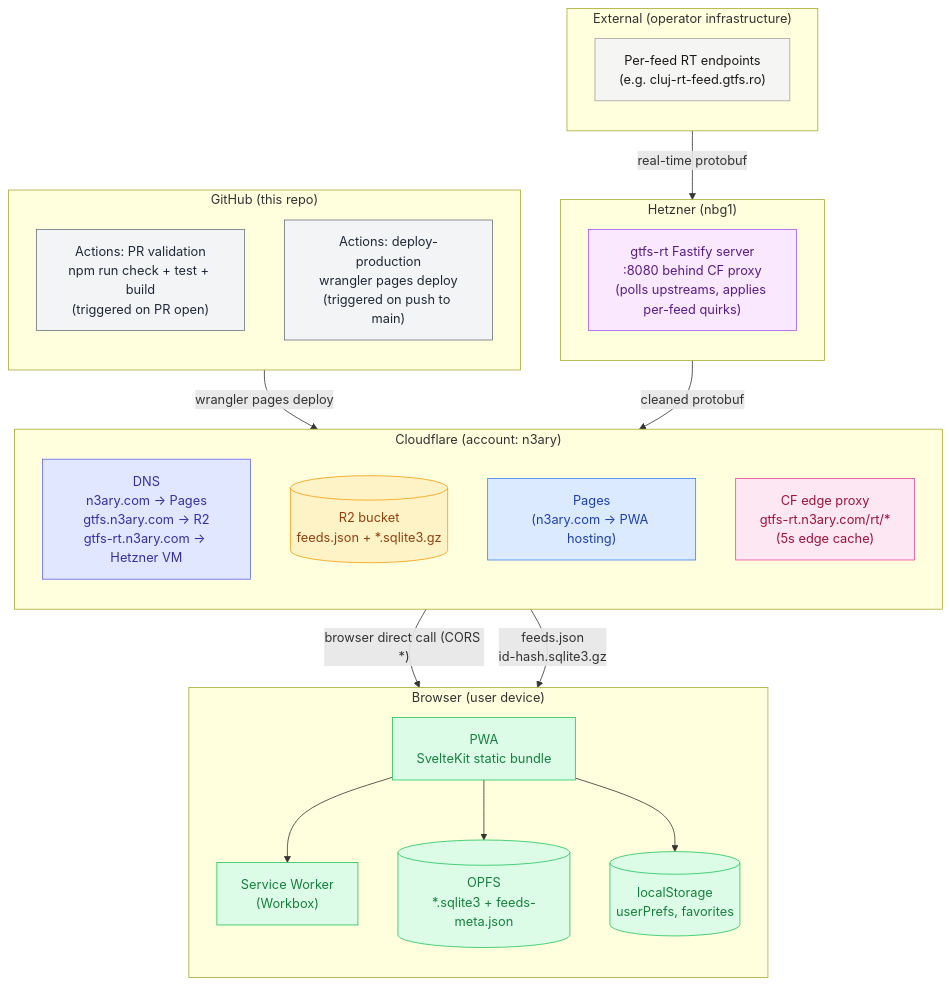
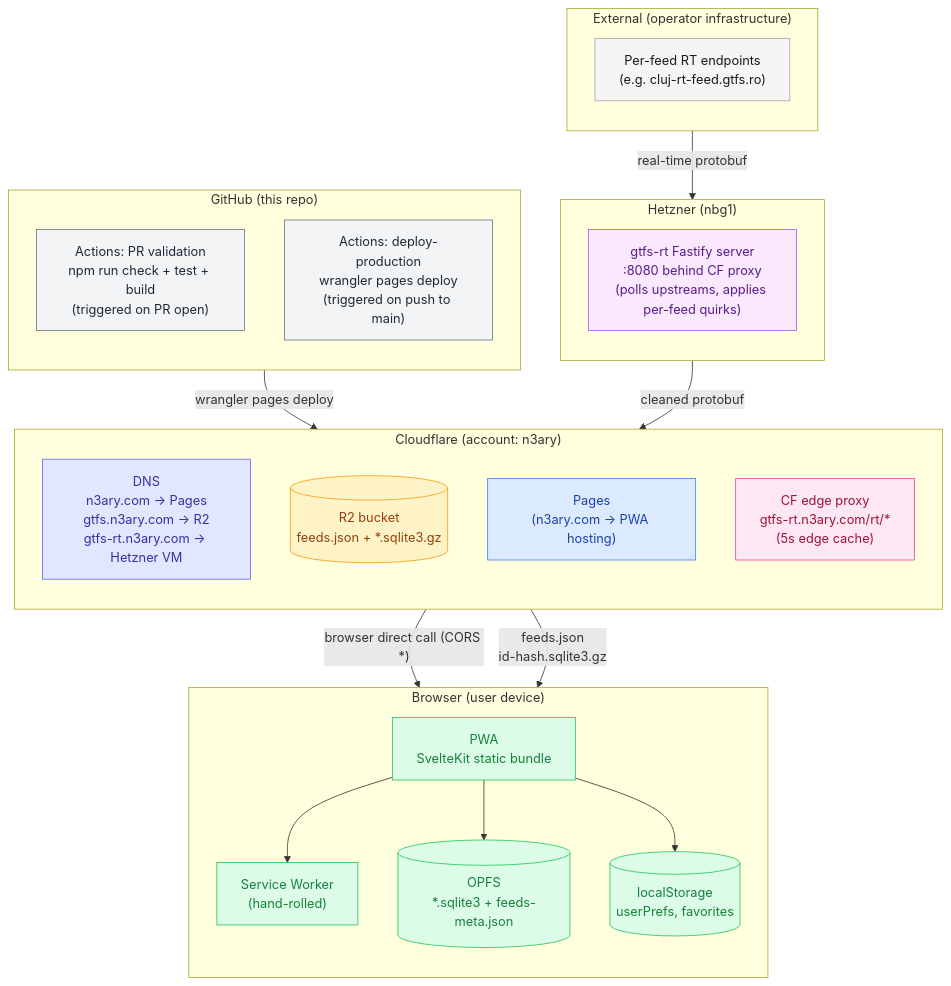
One commit to n3ary/app changed the diagram in docs/architecture/infrastructure.md. Above: the diagram before and after it, drawn with Mermaid. The commit also changed other lines of this file and 3 other files, not shown here.

First line of the commit message:
docs(app): align the PWA spec with the shipped service worker (#536)

````diff
--- a/docs/architecture/infrastructure.md
+++ b/docs/architecture/infrastructure.md
@@ -14,55 +14,55 @@
 ```mermaid
 flowchart TB
   subgraph External["External (operator infrastructure)"]
     direction TB
     rt["Per-feed RT endpoints<br/>(e.g. cluj-rt-feed.gtfs.ro)"]:::external
   end
 
   subgraph Hetzner["Hetzner (nbg1)"]
     direction TB
     rtvm["gtfs-rt Fastify server<br/>:8080 behind CF proxy<br/>(polls upstreams, applies per-feed quirks)"]:::hetzner
   end
 
   subgraph Cloudflare["Cloudflare (account: n3ary)"]
     direction TB
     dns["DNS<br/>n3ary.com → Pages<br/>gtfs.n3ary.com → R2<br/>gtfs-rt.n3ary.com → Hetzner VM"]:::dns
     r2[("R2 bucket<br/>feeds.json + *.sqlite3.gz")]:::r2
     pages["Pages<br/>(n3ary.com → PWA hosting)"]:::pages
     rtproxy["CF edge proxy<br/>gtfs-rt.n3ary.com/rt/*<br/>(5s edge cache)"]:::cfrt
   end
 
   subgraph GitHub["GitHub (this repo)"]
     direction TB
     gh_pr["Actions: PR validation<br/>npm run check + test + build<br/>(triggered on PR open)"]:::gh
     gh_deploy["Actions: deploy-production<br/>wrangler pages deploy<br/>(triggered on push to main)"]:::gh
   end
 
   subgraph Browser["Browser (user device)"]
     direction TB
     pwa["PWA<br/>SvelteKit static bundle"]:::browser
-    sw["Service Worker<br/>(Workbox)"]:::browser
+    sw["Service Worker<br/>(hand-rolled)"]:::browser
     opfs[("OPFS<br/>*.sqlite3 + feeds-meta.json")]:::browser
     localstorage[("localStorage<br/>userPrefs, favorites")]:::browser
   end
 
   rt -->|"real-time protobuf"| rtvm
   rtvm -->|"cleaned protobuf"| rtproxy
   rtproxy -->|"browser direct call (CORS *)"| pwa
 
   r2 -->|"feeds.json<br/>id-hash.sqlite3.gz"| pwa
 
   gh_deploy -->|"wrangler pages deploy"| pages
 
   pwa --> sw
   pwa --> opfs
   pwa --> localstorage
 
   classDef external fill:#f5f5f4,stroke:#a8a29e,color:#1c1917
   classDef hetzner fill:#fae8ff,stroke:#a855f7,color:#581c87
   classDef r2 fill:#fef3c7,stroke:#f59e0b,color:#92400e
   classDef dns fill:#e0e7ff,stroke:#6366f1,color:#3730a3
   classDef pages fill:#dbeafe,stroke:#3b82f6,color:#1e40af
   classDef cfrt fill:#fce7f3,stroke:#ec4899,color:#9f1239
   classDef gh fill:#f3f4f6,stroke:#6b7280,color:#1f2937
   classDef browser fill:#dcfce7,stroke:#22c55e,color:#15803d
 ```
````
